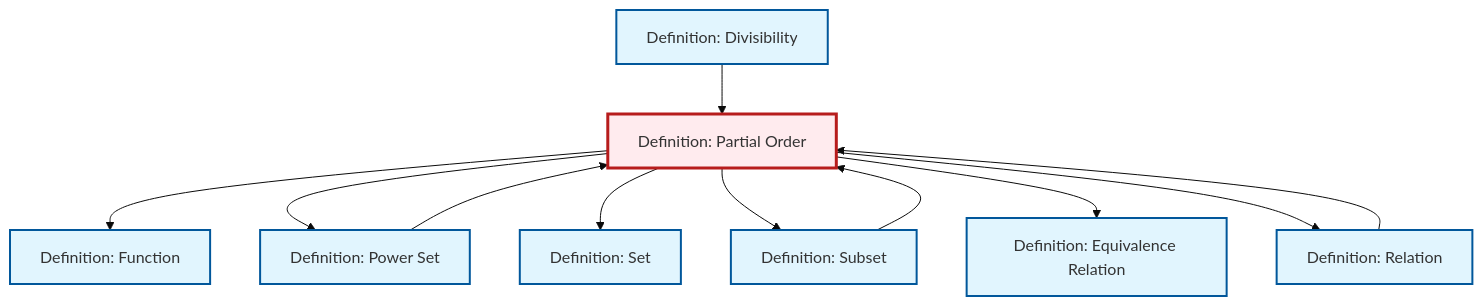
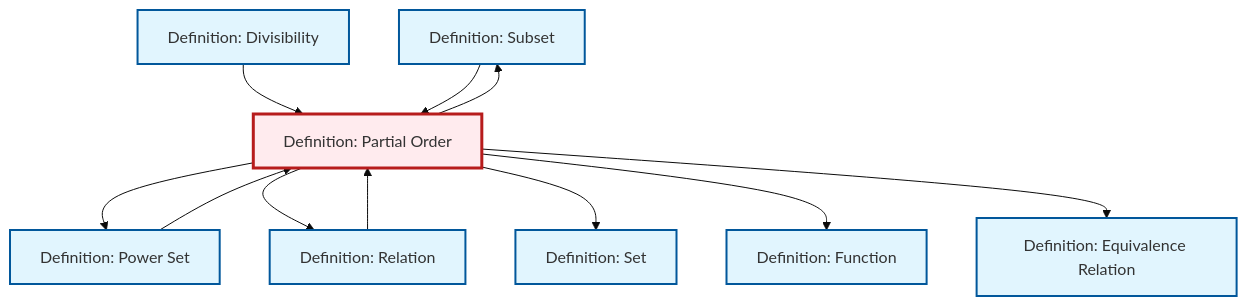
The diagram in content/en/logic-set-theory/def-partial-order.qmd (RK0429/ModernMath), drawn with Mermaid (base theme) before and after one commit. The commit also changed other lines of this file and 1012 other files, not shown here.

````diff
--- a/content/en/logic-set-theory/def-partial-order.qmd
+++ b/content/en/logic-set-theory/def-partial-order.qmd
@@ -156,35 +156,35 @@
 ```{mermaid}
 %%| fig-cap: "Local dependency graph"
 graph TD
     classDef definition fill:#e1f5fe,stroke:#01579b,stroke-width:2px
     classDef theorem fill:#f3e5f5,stroke:#4a148c,stroke-width:2px
     classDef axiom fill:#fff3e0,stroke:#e65100,stroke-width:2px
     classDef example fill:#e8f5e9,stroke:#1b5e20,stroke-width:2px
     classDef current fill:#ffebee,stroke:#b71c1c,stroke-width:3px
+    def-subset["Definition: Subset"]:::definition
+    def-partial-order["Definition: Partial Order"]:::definition
+    def-set["Definition: Set"]:::definition
+    def-equivalence-relation["Definition: Equivalence Relation"]:::definition
+    def-function["Definition: Function"]:::definition
+    def-power-set["Definition: Power Set"]:::definition
     def-divisibility["Definition: Divisibility"]:::definition
-    def-set["Definition: Set"]:::definition
     def-relation["Definition: Relation"]:::definition
-    def-function["Definition: Function"]:::definition
-    def-partial-order["Definition: Partial Order"]:::definition
-    def-power-set["Definition: Power Set"]:::definition
-    def-subset["Definition: Subset"]:::definition
-    def-equivalence-relation["Definition: Equivalence Relation"]:::definition
-    def-subset --> def-partial-order
+    def-partial-order --> def-power-set
+    def-partial-order --> def-relation
+    def-relation --> def-partial-order
+    def-partial-order --> def-set
     def-divisibility --> def-partial-order
     def-partial-order --> def-function
-    def-partial-order --> def-power-set
-    def-partial-order --> def-set
-    def-relation --> def-partial-order
+    def-partial-order --> def-equivalence-relation
+    def-power-set --> def-partial-order
+    def-subset --> def-partial-order
     def-partial-order --> def-subset
-    def-power-set --> def-partial-order
-    def-partial-order --> def-equivalence-relation
-    def-partial-order --> def-relation
     class def-partial-order current
-    click def-divisibility "def-divisibility.html" "Go to Divisibility definition"
+    click def-subset "def-subset.html" "Go to Subset definition"
     click def-set "def-set.html" "Go to Set definition"
-    click def-relation "def-relation.html" "Go to Relation definition"
+    click def-equivalence-relation "def-equivalence-relation.html" "Go to Equivalence Relation definition"
     click def-function "def-function.html" "Go to Function definition"
     click def-power-set "def-power-set.html" "Go to Power Set definition"
-    click def-subset "def-subset.html" "Go to Subset definition"
-    click def-equivalence-relation "def-equivalence-relation.html" "Go to Equivalence Relation definition"
+    click def-divisibility "def-divisibility.html" "Go to Divisibility definition"
+    click def-relation "def-relation.html" "Go to Relation definition"
 ```
````
